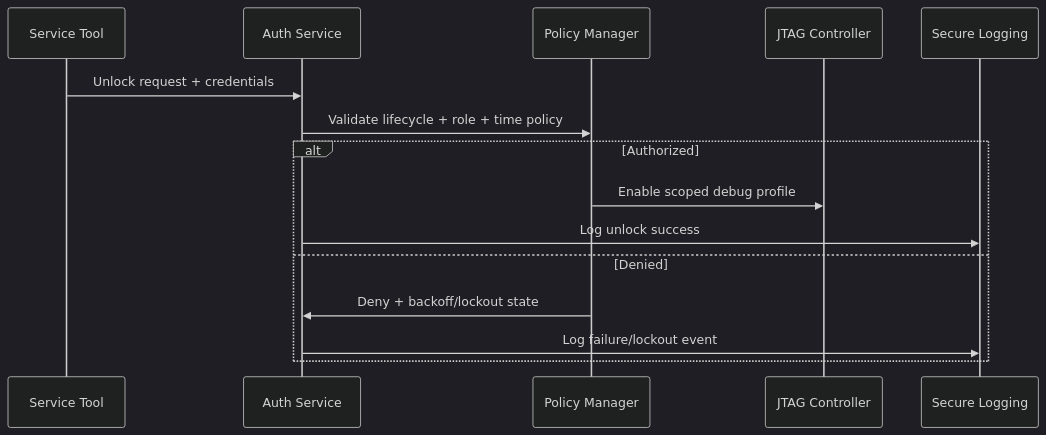
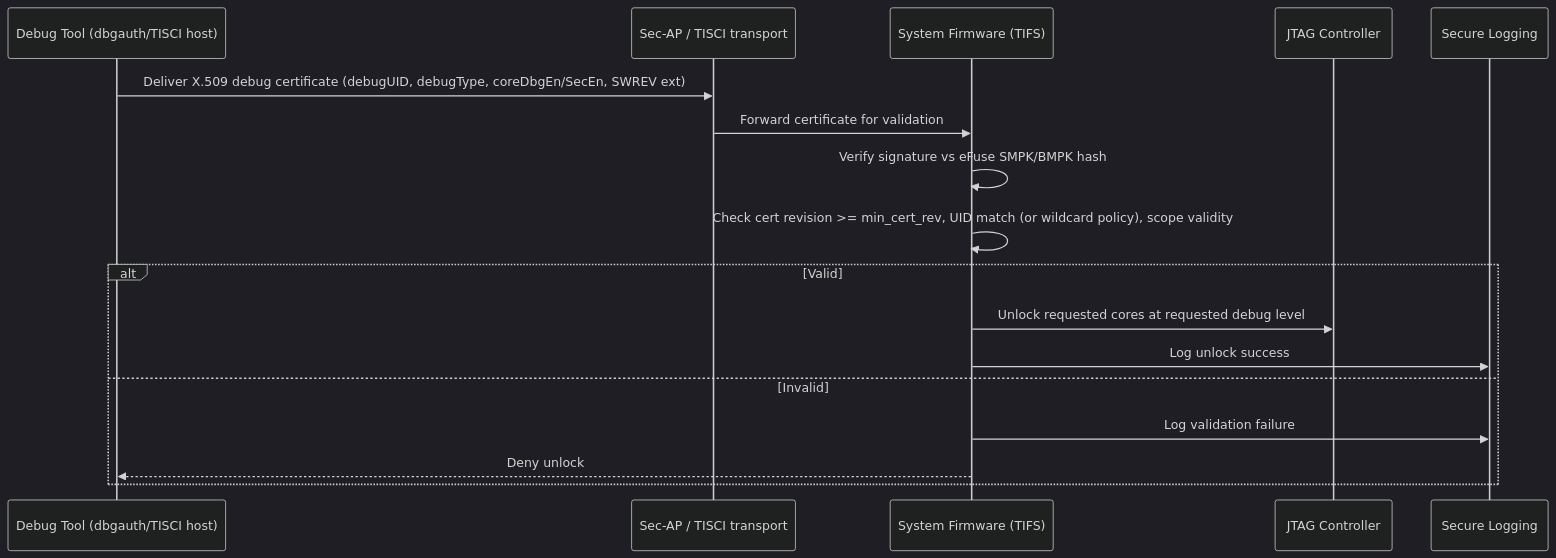
Before and after one commit to vinodneelakantam/Sec_Concepts_Req_tracability: the third of 3 diagrams in TDA4VM_Secure_JTAG_Requirements.md, drawn with Mermaid (dark theme). The commit also changed other lines of this file and 7 other files, not shown here.

````diff
--- a/TDA4VM_Secure_JTAG_Requirements.md
+++ b/TDA4VM_Secure_JTAG_Requirements.md
@@ -74,18 +99,20 @@
 ```mermaid
 sequenceDiagram
-  participant T as Service Tool
-  participant A as Auth Service
-  participant P as Policy Manager
+  participant T as Debug Tool (dbgauth/TISCI host)
+  participant S as Sec-AP / TISCI transport
+  participant F as System Firmware (TIFS)
   participant J as JTAG Controller
   participant L as Secure Logging
 
-  T->>A: Unlock request + credentials
-  A->>P: Validate lifecycle + role + time policy
-  alt Authorized
-    P->>J: Enable scoped debug profile
-    A->>L: Log unlock success
-  else Denied
-    P->>A: Deny + backoff/lockout state
-    A->>L: Log failure/lockout event
+  T->>S: Deliver X.509 debug certificate (debugUID, debugType, coreDbgEn/SecEn, SWREV ext)
+  S->>F: Forward certificate for validation
+  F->>F: Verify signature vs eFuse SMPK/BMPK hash
+  F->>F: Check cert revision >= min_cert_rev, UID match (or wildcard policy), scope validity
+  alt Valid
+    F->>J: Unlock requested cores at requested debug level
+    F->>L: Log unlock success
+  else Invalid
+    F->>L: Log validation failure
+    F-->>T: Deny unlock
   end
 ```
````
